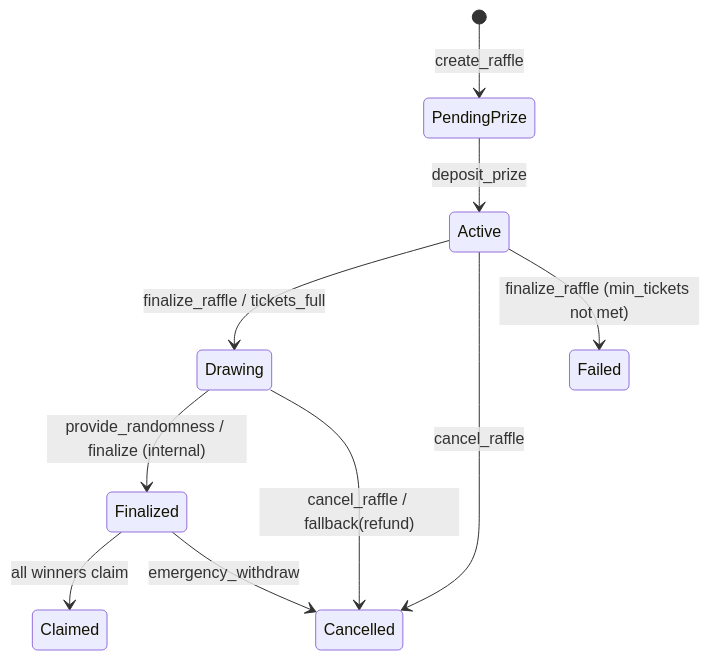
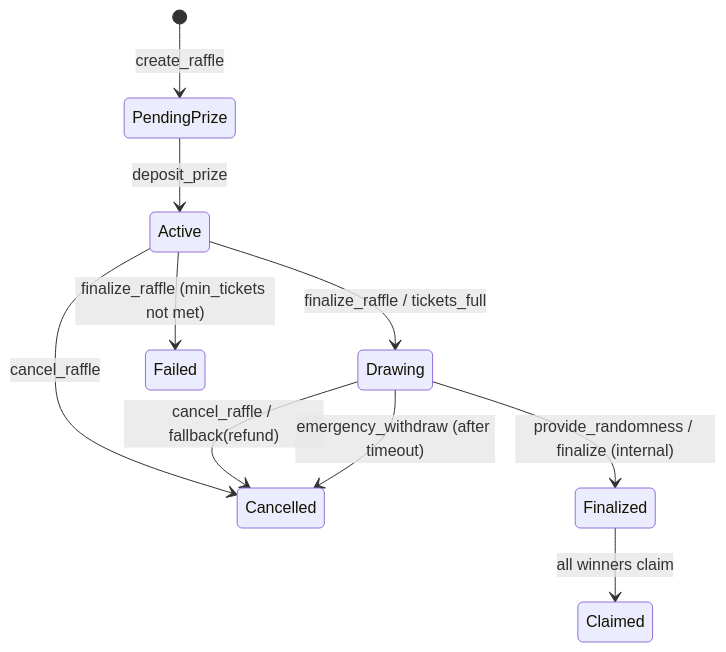
The second of 2 diagrams in docs/ARCHITECTURE.md (Baytizz/tikka-contracts), drawn with Mermaid before and after one commit. The commit also changed other lines of this file and 29 other files, not shown here.

````diff
--- a/docs/ARCHITECTURE.md
+++ b/docs/ARCHITECTURE.md
@@ -39,12 +39,12 @@
 ```mermaid
 stateDiagram-v2
     [*] --> PendingPrize: create_raffle
     PendingPrize --> Active: deposit_prize
     Active --> Drawing: finalize_raffle / tickets_full
     Active --> Cancelled: cancel_raffle
     Active --> Failed: finalize_raffle (min_tickets not met)
     Drawing --> Finalized: provide_randomness / finalize (internal)
     Drawing --> Cancelled: cancel_raffle / fallback(refund)
     Finalized --> Claimed: all winners claim
-    Finalized --> Cancelled: emergency_withdraw
+    Drawing --> Cancelled: emergency_withdraw (after timeout)
 ```
````
